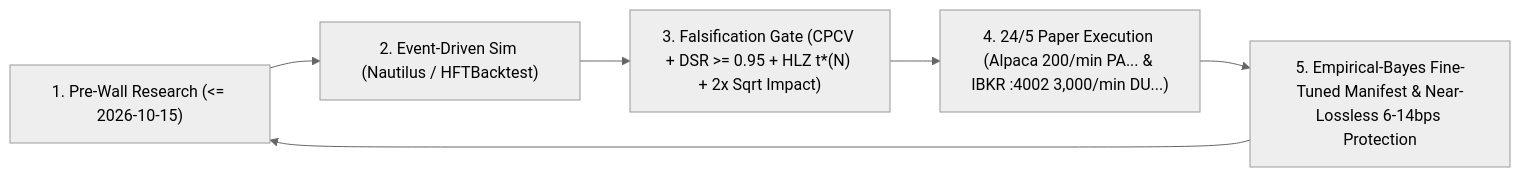
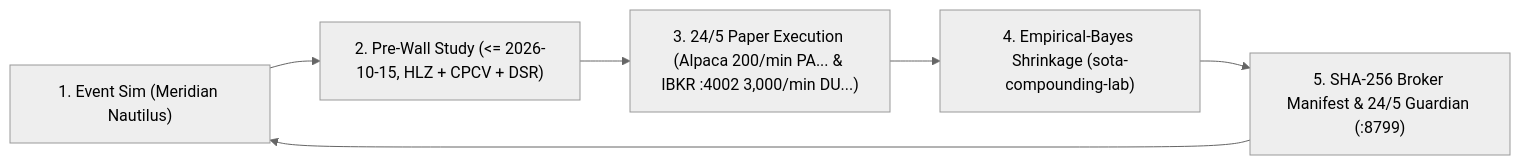
The diagram in README.md (native-agent-stack/.github), drawn with Mermaid (neutral theme) before and after one commit. The commit also changed other lines of this file and 2 other files, not shown here.

Commit message:
docs(org): update profile README & manifest to 22-repo v3.0.0 Three-Tier architecture

````diff
--- a/README.md
+++ b/README.md
@@ -31,8 +40,8 @@
 ```mermaid
 flowchart LR
-    A["1. Pre-Wall Research (<= 2026-10-15)"] --> B["2. Event-Driven Sim (Nautilus / HFTBacktest)"]
-    B --> C["3. Falsification Gate (CPCV + DSR >= 0.95 + HLZ t*(N) + 2x Sqrt Impact)"]
-    C --> D["4. 24/5 Paper Execution (Alpaca 200/min PA... & IBKR :4002 3,000/min DU...)"]
-    D --> E["5. Empirical-Bayes Fine-Tuned Manifest & Near-Lossless 6-14bps Protection"]
+    A["1. Event Sim (Meridian Nautilus)"] --> B["2. Pre-Wall Study (<= 2026-10-15, HLZ + CPCV + DSR)"]
+    B --> C["3. 24/5 Paper Execution (Alpaca 200/min PA... & IBKR :4002 3,000/min DU...)"]
+    C --> D["4. Empirical-Bayes Shrinkage (sota-compounding-lab)"]
+    D --> E["5. SHA-256 Broker Manifest & 24/5 Guardian (:8799)"]
     E --> A
 ```
````
